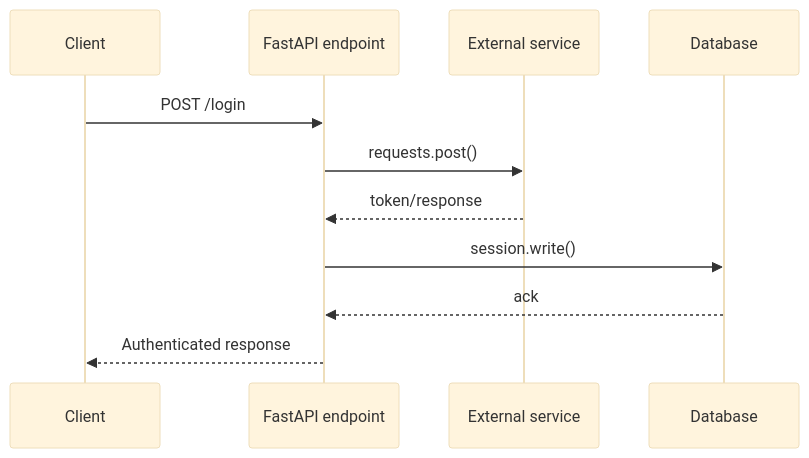
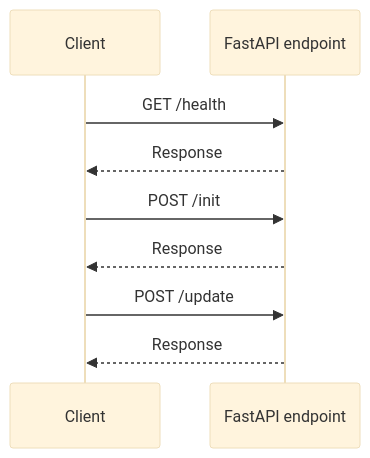
Before and after one commit to Saechaoc/docgen: the diagram in README.md, drawn with Mermaid (base theme). The commit also changed other lines of this file, not shown here.

````diff
--- a/README.md
+++ b/README.md
@@ -172,13 +46,11 @@
 ```mermaid
 sequenceDiagram
     participant Client
-    participant API as FastAPI endpoint
-    participant Auth as External service
-    participant DB as Database
-    Client->>API: POST /login
-    API->>Auth: requests.post()
-    Auth-->>API: token/response
-    API->>DB: session.write()
-    DB-->>API: ack
-    API-->>Client: Authenticated response
+    participant FastAPI endpoint
+    Client ->> FastAPI endpoint: GET /health
+    FastAPI endpoint -->> Client: Response
+    Client ->> FastAPI endpoint: POST /init
+    FastAPI endpoint -->> Client: Response
+    Client ->> FastAPI endpoint: POST /update
+    FastAPI endpoint -->> Client: Response
 ```
````
